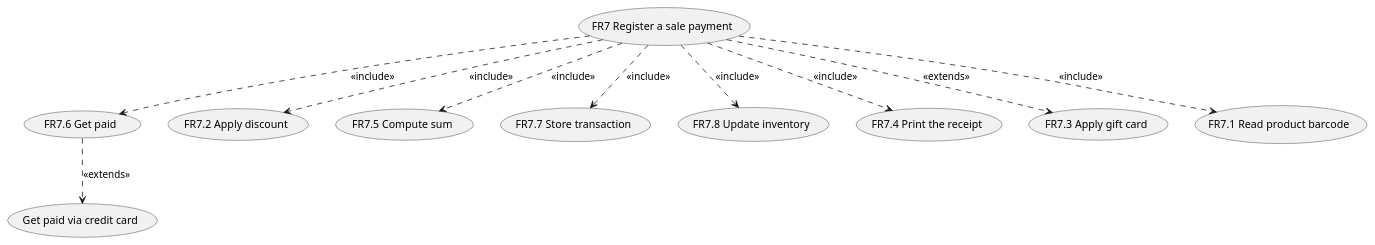
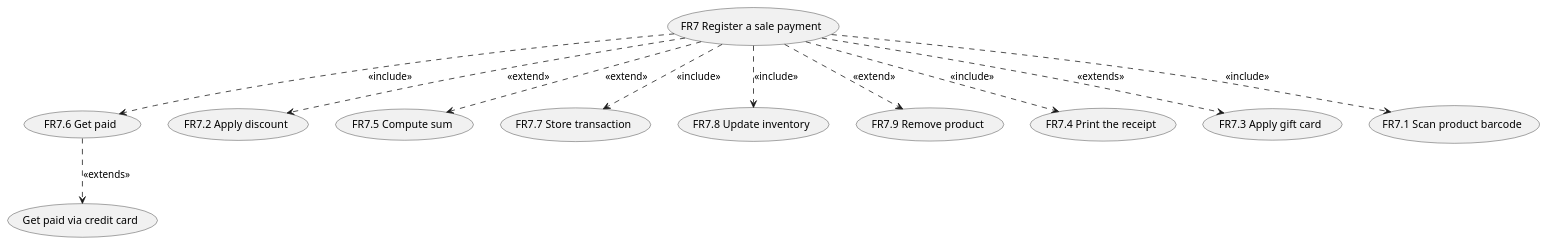
One commit to MatteoBattilana/EzShop changed the third of 9 diagrams in Deliverables/RequirementsDocument.md. Above: the diagram before and after it, drawn with PlantUML. The commit also changed other lines of this file, not shown here.

````diff
--- a/Deliverables/RequirementsDocument.md
+++ b/Deliverables/RequirementsDocument.md
@@ -285,24 +286,26 @@
 ```plantuml
 @startuml
 
   usecase "FR7 Register a sale payment" as UC7
   usecase "FR7.2 Apply discount" as UC7.2
   usecase "FR7.5 Compute sum" as UC7.3
   usecase "FR7.7 Store transaction" as UC7.4
   usecase "FR7.8 Update inventory" as UC7.5
+  usecase "FR7.9 Remove product" as UC7.9
   usecase "FR7.4 Print the receipt" as UC7.6
   usecase "FR7.3 Apply gift card" as UC7.7
   usecase "FR7.6 Get paid" as UC7.8
   usecase "Get paid via credit card" as UC7.8.1
-  usecase "FR7.1 Read product barcode" as UC7.1
+  usecase "FR7.1 Scan product barcode" as UC7.1
   UC7.8.1 <.up. UC7.8: <<extends>>
   UC7.8 <.up. UC7: <<include>>
   UC7.7 <.up. UC7: <<extends>>
   UC7.6 <.up. UC7: <<include>>
   UC7.5 <.up. UC7: <<include>>
   UC7.4 <.up. UC7: <<include>>
-  UC7.3 <.up. UC7: <<include>>
-  UC7.2 <.up. UC7: <<include>>
+  UC7.3 <.up. UC7: <<extend>>
+  UC7.2 <.up. UC7: <<extend>>
   UC7.1 <.up. UC7: <<include>>
+  UC7.9 <.up. UC7: <<extend>>
 @enduml
 ```
````
